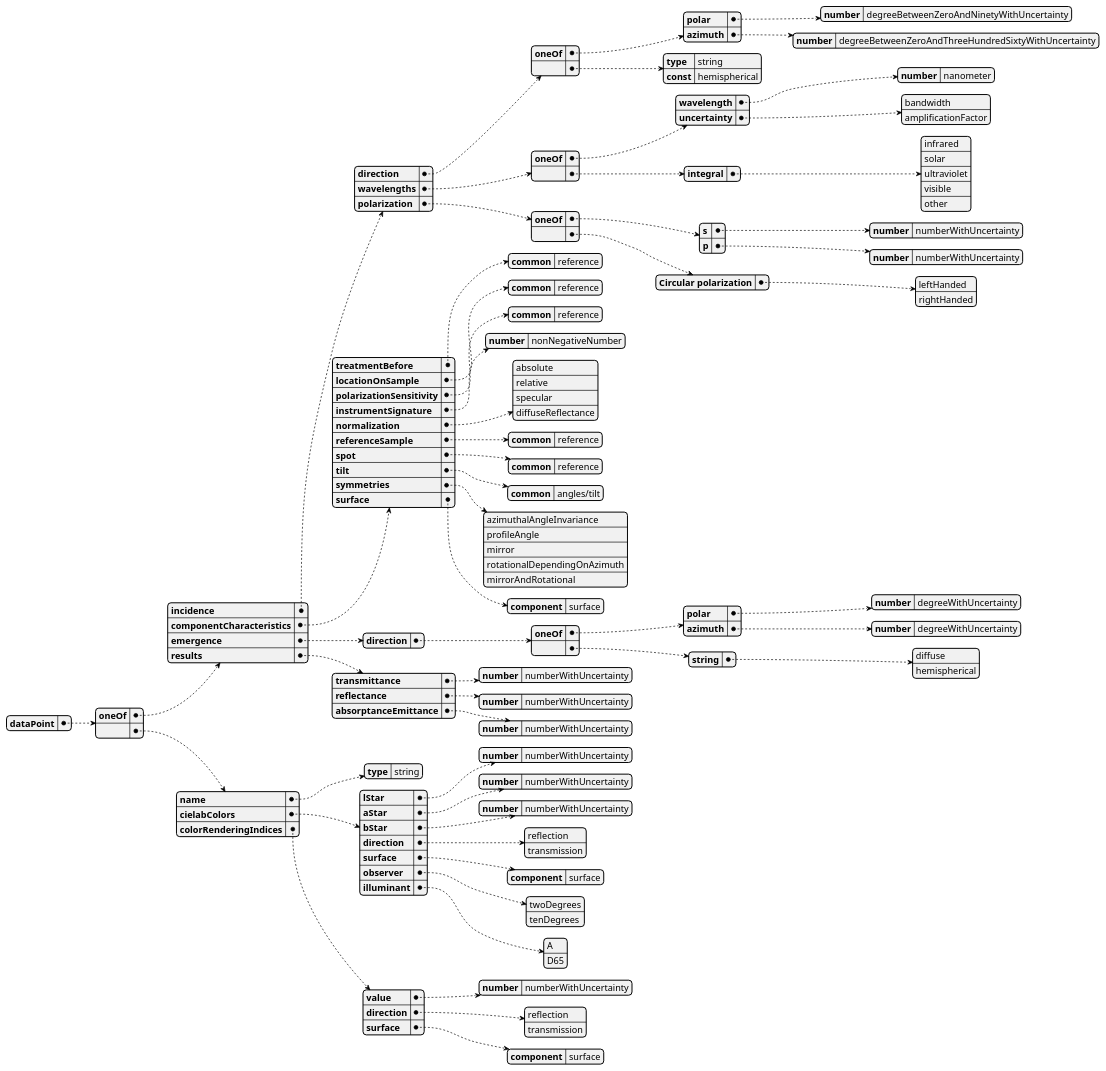
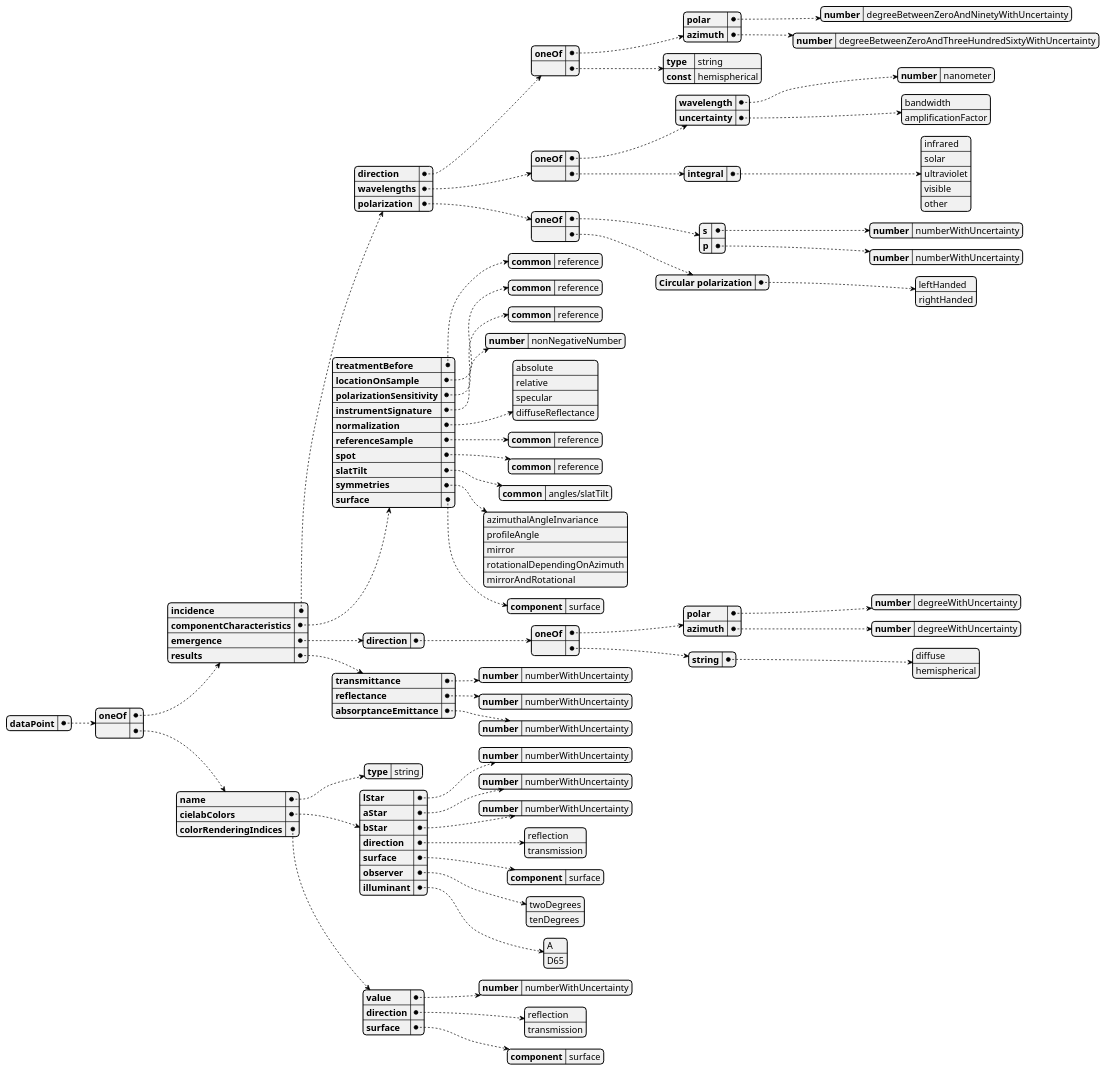
The diagram in docs/diagrams/src/opticalData/opticalDataPointSchema.plantuml (building-envelope-data/api), drawn with PlantUML before and after one commit. The commit also changed 11 other files, not shown here.

Commit message:
Differ between the angles `slatTilt` and `componentTilt`

```diff
--- a/docs/diagrams/src/opticalData/opticalDataPointSchema.plantuml
+++ b/docs/diagrams/src/opticalData/opticalDataPointSchema.plantuml
@@ -1,191 +1,191 @@
 @startjson opticalDataPointSchema
 {
   "dataPoint": {
     "oneOf":
     {
       "incidence": {
         "direction": {
           "oneOf":
           {
             "polar": {
               "number": "degreeBetweenZeroAndNinetyWithUncertainty"
             }
             ,
             "azimuth": {
               "number": "degreeBetweenZeroAndThreeHundredSixtyWithUncertainty"
 
             }
           }
           ,
           "":
           {
             "type": "string",
             "const": "hemispherical"
           }
 
         }
         ,
         "wavelengths": {
           "oneOf":
           {
             "wavelength": {
               "number": "nanometer"
             }
             ,
             "uncertainty": [ "bandwidth", "amplificationFactor" ]
           }
           ,
           "":
           {
             "integral": ["infrared", "solar", "ultraviolet", "visible", "other"]
           }
 
         }
         ,
         "polarization": {
           "oneOf":
           {
             "s": {
               "number": "numberWithUncertainty"
             }
             ,
             "p": {
               "number": "numberWithUncertainty"
             }
           }
           ,
           "":
           {
             "Circular polarization": ["leftHanded", "rightHanded"]
           }
 
         }
       }
       ,
       "componentCharacteristics": {
         "treatmentBefore": {
           "common": "reference"
         }
         ,
         "locationOnSample": {
           "common": "reference"
         }
         ,
         "polarizationSensitivity": {
           "common": "reference"
         }
         ,
         "instrumentSignature": {
           "number": "nonNegativeNumber"
         }
         ,
         "normalization":  ["absolute", "relative", "specular", "diffuseReflectance"]
         ,
         "referenceSample": {
           "common": "reference"
         }
         ,
         "spot": {
           "common": "reference"
         }
         ,
-        "tilt": {
-          "common": "angles/tilt"
+        "slatTilt": {
+          "common": "angles/slatTilt"
         }
         ,
         "symmetries": [
         "azimuthalAngleInvariance",
         "profileAngle",
         "mirror",
         "rotationalDependingOnAzimuth",
         "mirrorAndRotational"
         ]
         ,
         "surface": {
           "component": "surface"
         }
       }
       ,
       "emergence": {
         "direction": {
           "oneOf":
           {
             "polar": {
               "number": "degreeWithUncertainty"
             }
             ,
             "azimuth": {
               "number": "degreeWithUncertainty"
             }
           }
           ,
           "":
           {
             "string": ["diffuse", "hemispherical"]
           }
 
         }
       }
       ,
       "results": {
         "transmittance": {
           "number": "numberWithUncertainty"
         }
         ,
         "reflectance": {
           "number": "numberWithUncertainty"
         }
         ,
         "absorptanceEmittance": {
           "number": "numberWithUncertainty"
         }
       }
     }
     ,
     "":
     {
       "name": {
         "type": "string"
       }
       ,
       "cielabColors":
       {
         "lStar": {
           "number": "numberWithUncertainty"
         }
         ,
         "aStar": {
           "number": "numberWithUncertainty"
         }
         ,
         "bStar": {
           "number": "numberWithUncertainty"
         }
         ,
         "direction":  ["reflection", "transmission"]
         ,
         "surface": {
           "component": "surface"
         }
         ,
         "observer":  ["twoDegrees", "tenDegrees"]
         ,
         "illuminant":  ["A", "D65"]
       }
       ,
       "colorRenderingIndices": {
         "value": {
           "number": "numberWithUncertainty"
         }
         ,
         "direction":  ["reflection", "transmission"]
         ,
         "surface": {
           "component": "surface"
         }
       }
     }
 
   }
 }
 @endjson
```
